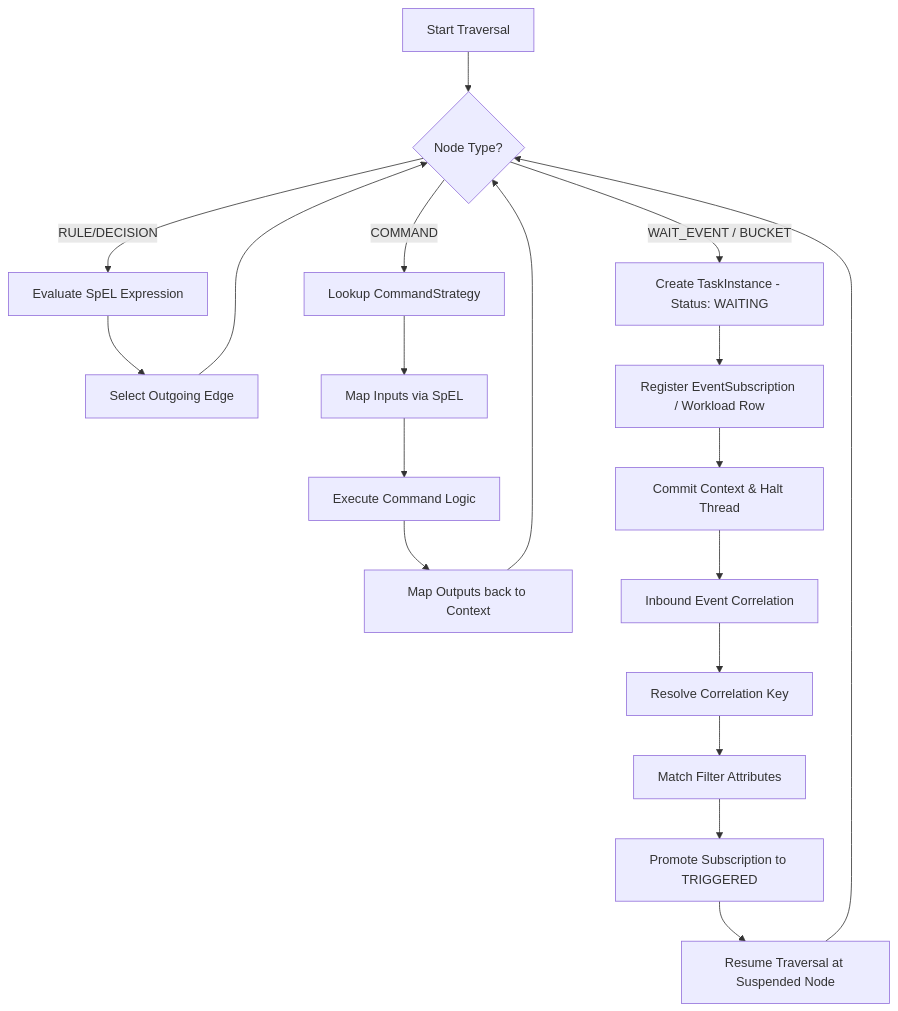
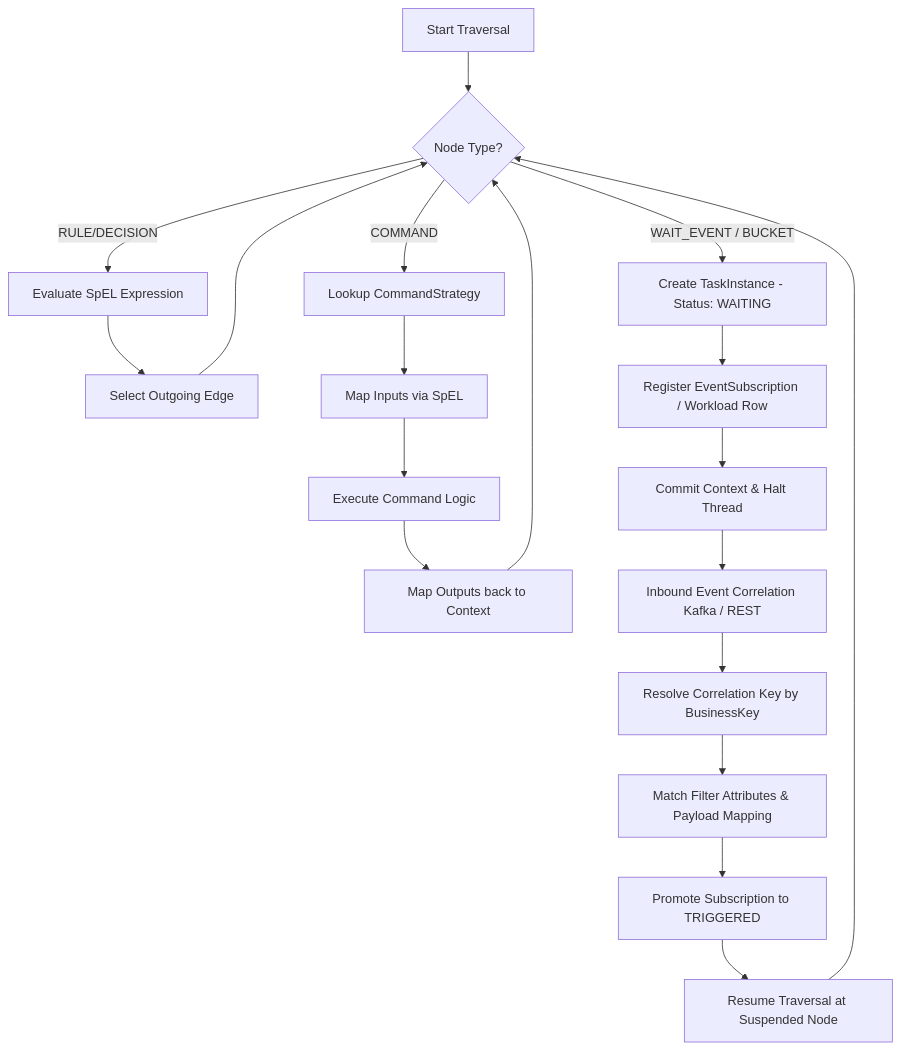
The diagram in command-and-wait-pattern.md (Alcatrez97/atlast_code), drawn with Mermaid before and after one commit. The commit also changed other lines of this file and 6 other files, not shown here.

````diff
--- a/command-and-wait-pattern.md
+++ b/command-and-wait-pattern.md
@@ -11,24 +11,24 @@
 ```mermaid
 graph TD
     A[Start Traversal] --> B{Node Type?}
     B -- RULE/DECISION --> C[Evaluate SpEL Expression]
     C --> D[Select Outgoing Edge]
     D --> B
     
     B -- COMMAND --> E[Lookup CommandStrategy]
     E --> F[Map Inputs via SpEL]
     F --> G[Execute Command Logic]
     G --> H[Map Outputs back to Context]
     H --> B
     
     B -- WAIT_EVENT / BUCKET --> I[Create TaskInstance - Status: WAITING]
     I --> J[Register EventSubscription / Workload Row]
     J --> K[Commit Context & Halt Thread]
     
-    K --> L[Inbound Event Correlation]
-    L --> M[Resolve Correlation Key]
-    M --> N[Match Filter Attributes]
+    K --> L[Inbound Event Correlation Kafka / REST]
+    L --> M[Resolve Correlation Key by BusinessKey]
+    M --> N[Match Filter Attributes & Payload Mapping]
     N --> O[Promote Subscription to TRIGGERED]
     O --> P[Resume Traversal at Suspended Node]
     P --> B
 ```
````
